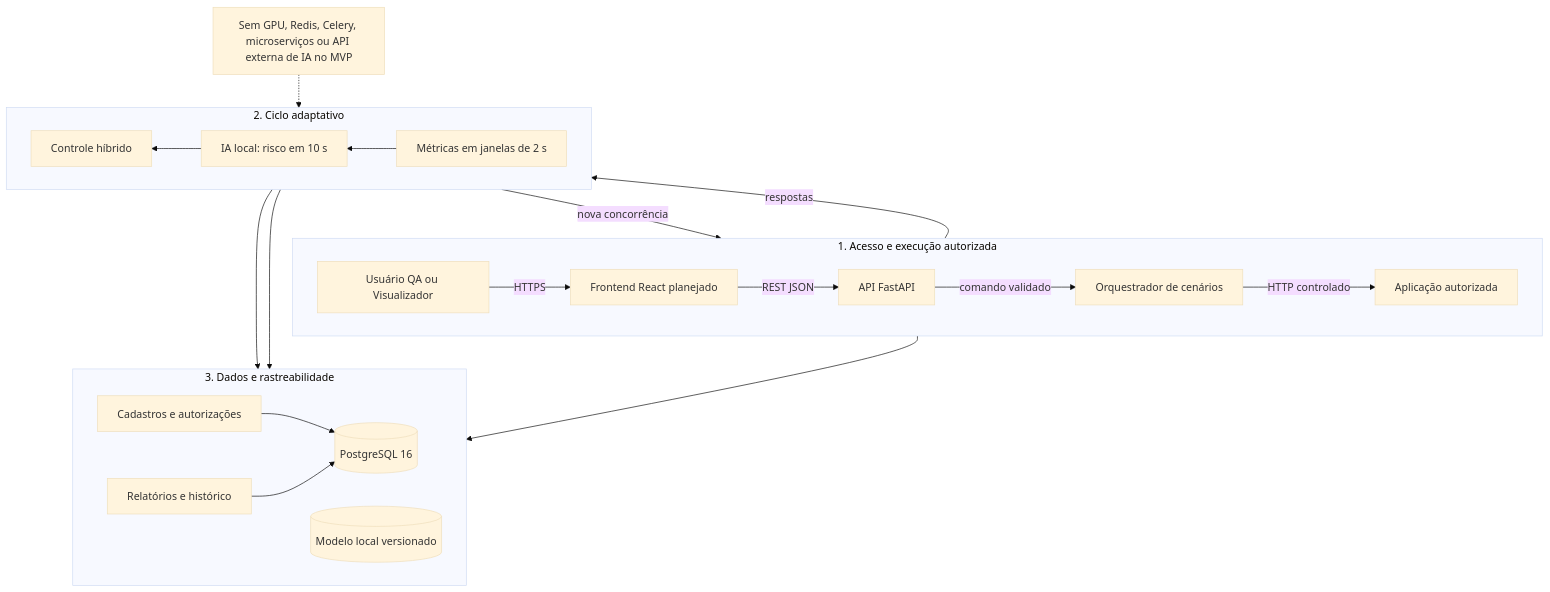
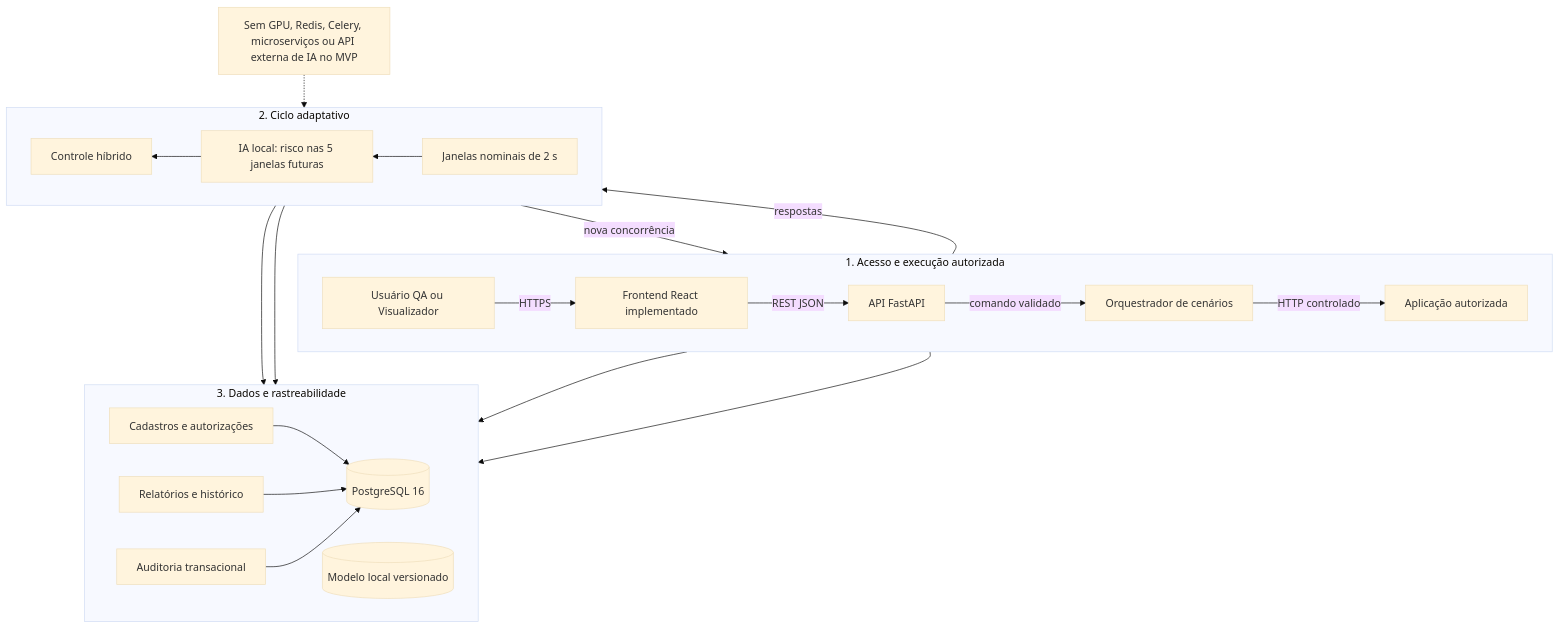
One commit to camimcl/sre-fabrica-de-software changed the diagram in docs/diagrams/architecture.mmd. Above: the diagram before and after it, drawn with Mermaid (base theme). The commit also changed 8 other files, not shown here.

```diff
--- a/docs/diagrams/architecture.mmd
+++ b/docs/diagrams/architecture.mmd
@@ -1,28 +1,30 @@
 flowchart TB
     subgraph Access[1. Acesso e execução autorizada]
         direction LR
-        User[Usuário QA ou Visualizador] -->|HTTPS| UI[Frontend React planejado]
+        User[Usuário QA ou Visualizador] -->|HTTPS| UI[Frontend React implementado]
         UI -->|REST JSON| API[API FastAPI]
         API -->|comando validado| Tests[Orquestrador de cenários]
         Tests -->|HTTP controlado| Target[Aplicação autorizada]
     end
 
     subgraph Adaptive[2. Ciclo adaptativo]
         direction RL
-        Target -->|respostas| Metrics[Métricas em janelas de 2 s]
-        Metrics --> Intelligence[IA local: risco em 10 s]
+        Target -->|respostas| Metrics[Janelas nominais de 2 s]
+        Metrics --> Intelligence[IA local: risco nas 5 janelas futuras]
         Intelligence --> Control[Controle híbrido]
         Control -->|nova concorrência| Tests
     end
 
     subgraph Data[3. Dados e rastreabilidade]
         direction LR
         API --> Registry[Cadastros e autorizações]
         Metrics --> Reports[Relatórios e histórico]
         Intelligence --> Artifact[(Modelo local versionado)]
         Registry --> DB[(PostgreSQL 16)]
         Reports --> DB
+        API --> Audit[Auditoria transacional]
+        Audit --> DB
     end
 
     note[Sem GPU, Redis, Celery, microserviços ou API externa de IA no MVP]
     note -.-> Adaptive
```
